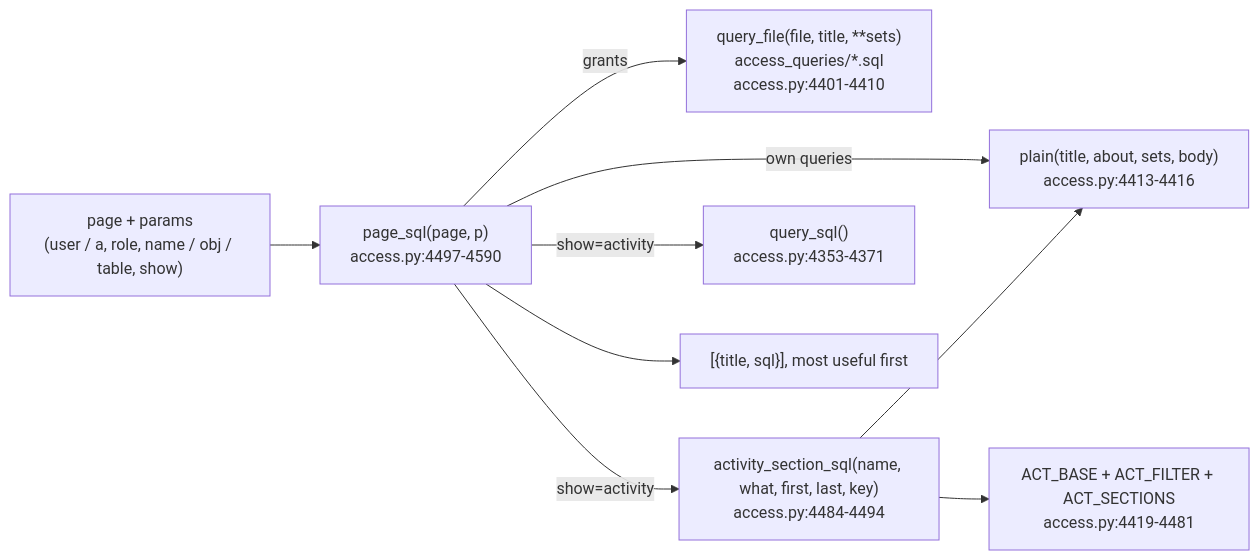
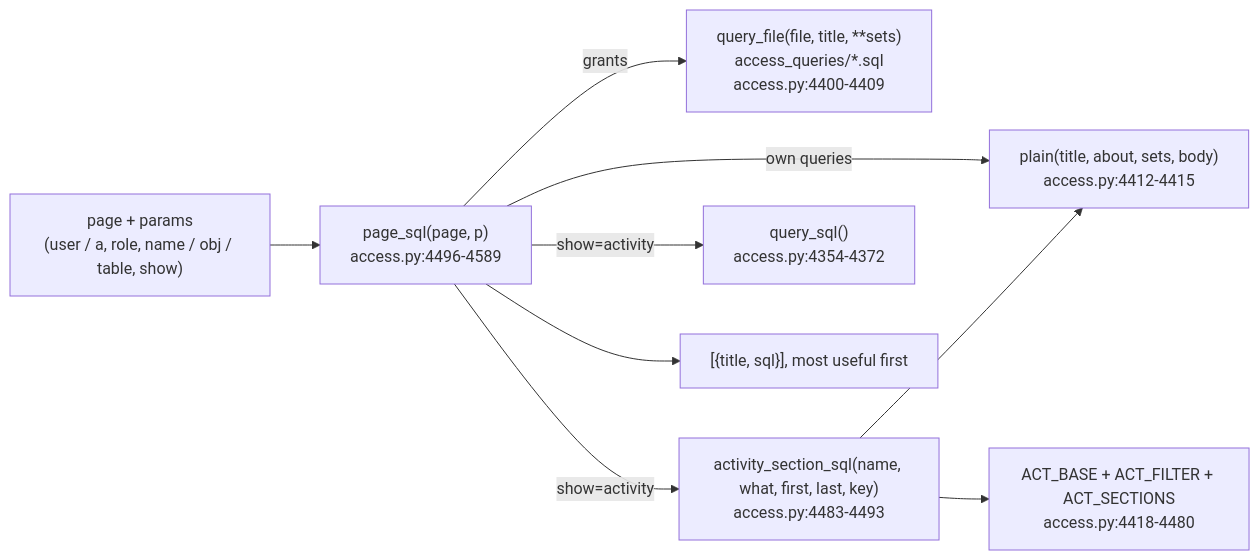
One commit to darshanmeel/snowflake-access-explorer changed the diagram in snowflake-access-explorer-knowledge-graph/logic/page-sql.md. Above: the diagram before and after it, drawn with Mermaid. The commit also changed other lines of this file and 67 other files, not shown here.

Commit message:
Knowledge graph: QUERY_TAG and STREAMLIT_APP settings, run_sql.py fallback, access.py line refs after 4386 corrected

````diff
--- a/snowflake-access-explorer-knowledge-graph/logic/page-sql.md
+++ b/snowflake-access-explorer-knowledge-graph/logic/page-sql.md
@@ -6,11 +6,11 @@
 ```mermaid
 flowchart LR
-  P["page + params<br/>(user / a, role, name / obj / table, show)"] --> PS["page_sql(page, p)<br/>access.py:4497-4590"]
-  PS -->|grants| QF["query_file(file, title, **sets)<br/>access_queries/*.sql<br/>access.py:4401-4410"]
-  PS -->|own queries| PL["plain(title, about, sets, body)<br/>access.py:4413-4416"]
-  PS -->|show=activity| AS["activity_section_sql(name, what, first, last, key)<br/>access.py:4484-4494"]
+  P["page + params<br/>(user / a, role, name / obj / table, show)"] --> PS["page_sql(page, p)<br/>access.py:4496-4589"]
+  PS -->|grants| QF["query_file(file, title, **sets)<br/>access_queries/*.sql<br/>access.py:4400-4409"]
+  PS -->|own queries| PL["plain(title, about, sets, body)<br/>access.py:4412-4415"]
+  PS -->|show=activity| AS["activity_section_sql(name, what, first, last, key)<br/>access.py:4483-4493"]
   AS --> PL
-  AS --> AB["ACT_BASE + ACT_FILTER + ACT_SECTIONS<br/>access.py:4419-4481"]
-  PS -->|show=activity| QS["query_sql()<br/>access.py:4353-4371"]
+  AS --> AB["ACT_BASE + ACT_FILTER + ACT_SECTIONS<br/>access.py:4418-4480"]
+  PS -->|show=activity| QS["query_sql()<br/>access.py:4354-4372"]
   PS --> OUT["[{title, sql}], most useful first"]
 ```
````
